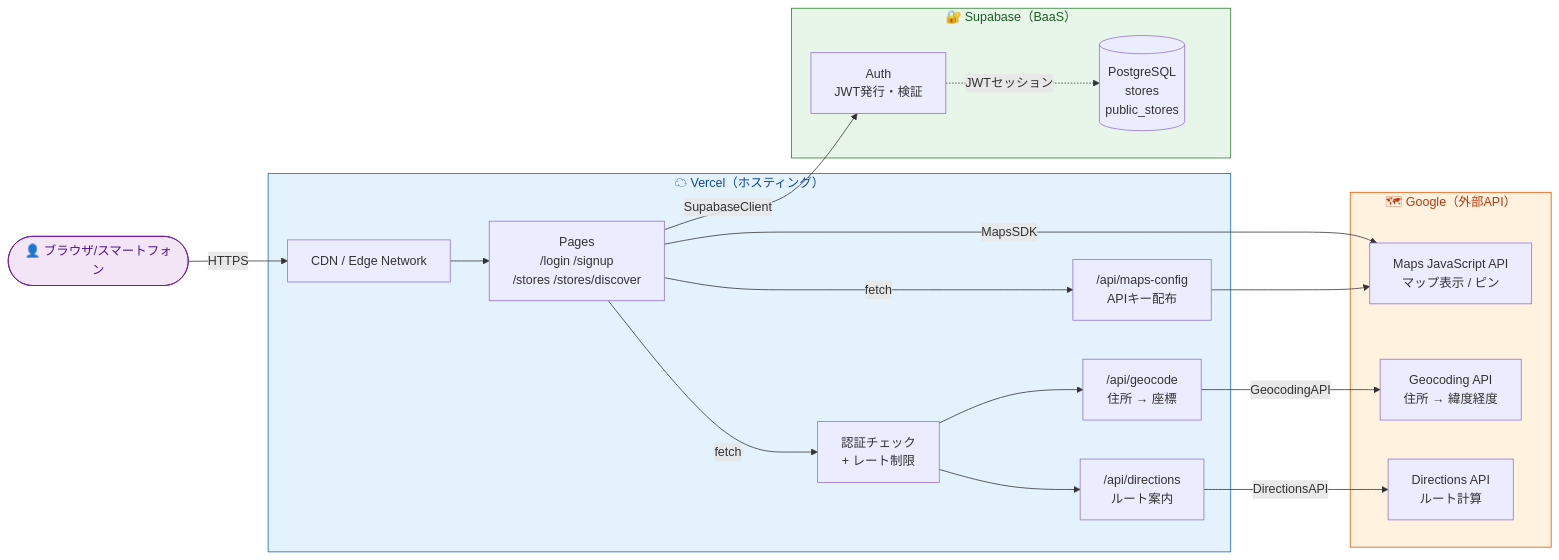
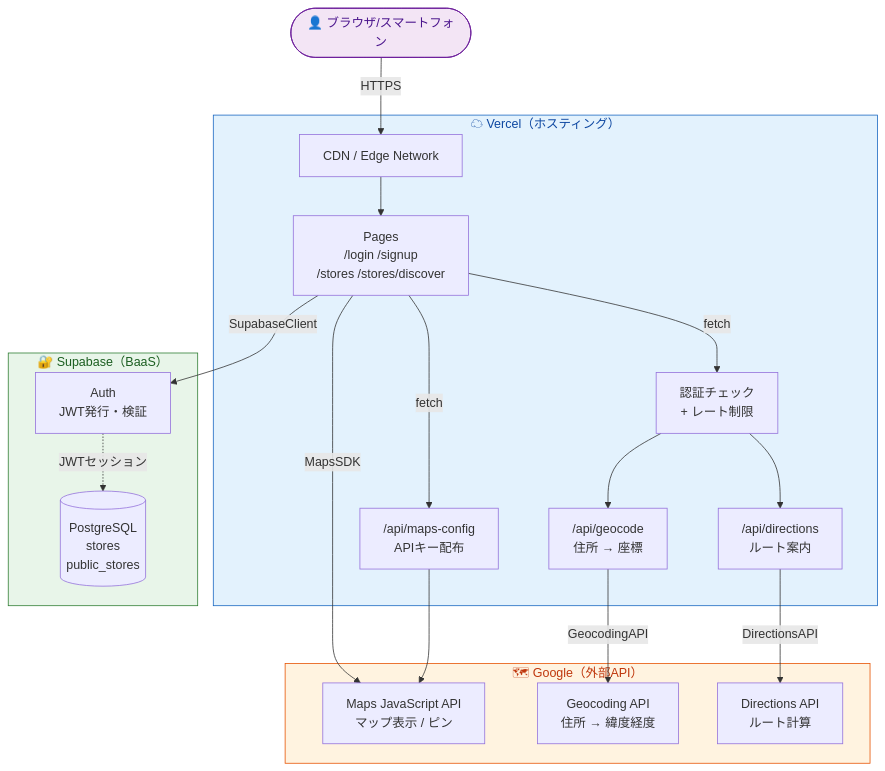
Before and after one commit to Pizzy-pz/rikawan-map: the diagram in 設計/インフラ構成図.md, drawn with Mermaid.

Commit message:
インフラ構成図: LR→TDに変更して横幅を縮小

````diff
--- a/設計/インフラ構成図.md
+++ b/設計/インフラ構成図.md
@@ -3,42 +3,42 @@
 ```mermaid
-flowchart LR
+flowchart TD
     User(["👤 ブラウザ/スマートフォン"])
 
     subgraph vercel["☁ Vercel（ホスティング）"]
         CDN["CDN / Edge Network"]
         Pages["Pages<br/>/login  /signup<br/>/stores  /stores/discover"]
         AuthCheck["認証チェック<br/>+ レート制限"]
         Geocode["/api/geocode<br/>住所 → 座標"]
         Directions["/api/directions<br/>ルート案内"]
         MapsConfig["/api/maps-config<br/>APIキー配布"]
     end
 
     subgraph supabase["🔐 Supabase（BaaS）"]
         Auth["Auth<br/>JWT発行・検証"]
         DB[("PostgreSQL<br/>stores<br/>public_stores")]
     end
 
     subgraph google["🗺 Google（外部API）"]
         MapsJS["Maps JavaScript API<br/>マップ表示 / ピン"]
         GeoAPI["Geocoding API<br/>住所 → 緯度経度"]
         DirAPI["Directions API<br/>ルート計算"]
     end
 
     User      -- HTTPS --> CDN
     CDN       --> Pages
     Pages     -- fetch --> AuthCheck
     Pages     -- fetch --> MapsConfig
     AuthCheck --> Geocode
     AuthCheck --> Directions
     Pages     -- SupabaseClient --> Auth
     Auth      -."JWTセッション".-> DB
     Pages     -- MapsSDK --> MapsJS
     Geocode   -- GeocodingAPI --> GeoAPI
     Directions -- DirectionsAPI --> DirAPI
     MapsConfig --> MapsJS
 
     style vercel   fill:#e3f2fd,stroke:#1565c0,color:#0d47a1
     style supabase fill:#e8f5e9,stroke:#2e7d32,color:#1b5e20
     style google   fill:#fff3e0,stroke:#e65100,color:#bf360c
     style User     fill:#f3e5f5,stroke:#6a1b9a,color:#4a148c
 ```
````
